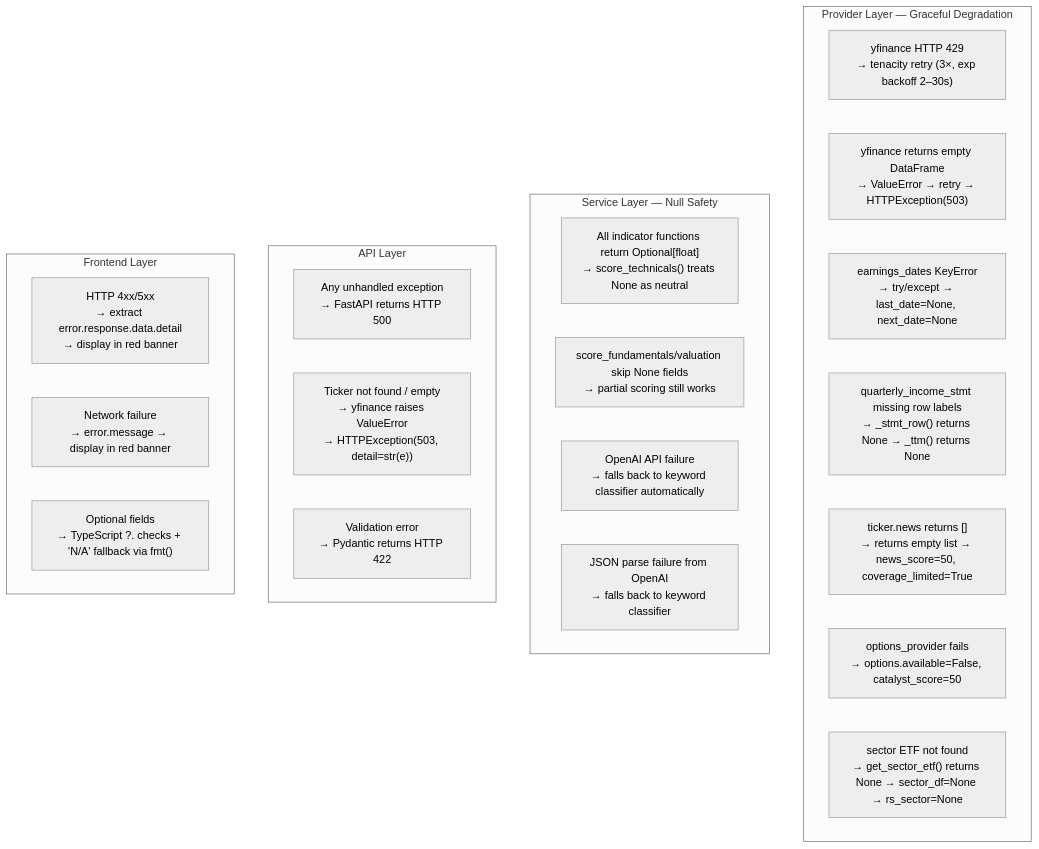
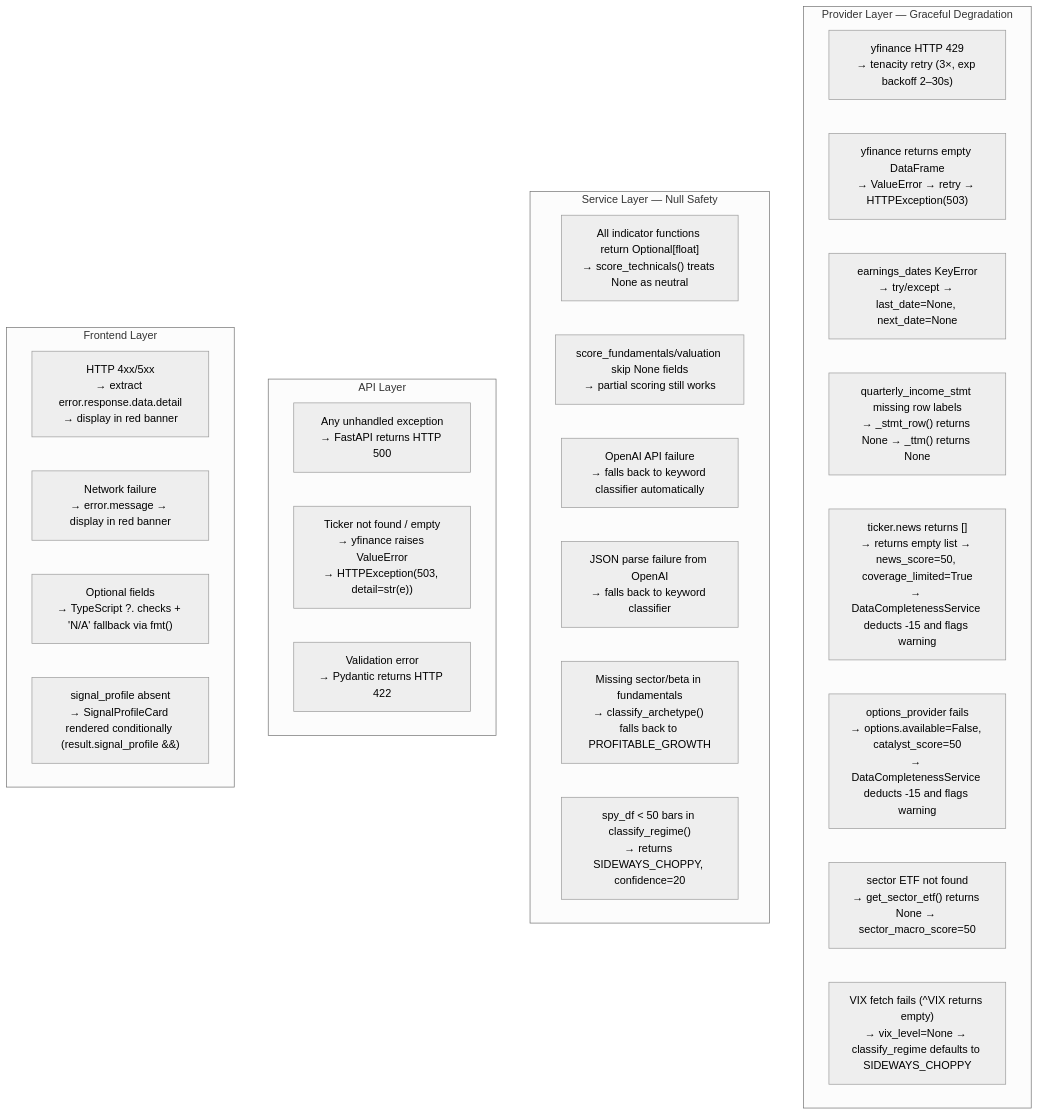
Before and after one commit to krutikpatel/stockBuyDecisioner1: diagram 21 of 22 in LLD.md, drawn with Mermaid (neutral theme). The commit also changed other lines of this file and 44 other files, not shown here.

````diff
--- a/LLD.md
+++ b/LLD.md
@@ -1196,31 +1782,35 @@
 ```mermaid
 flowchart TD
     subgraph Providers["Provider Layer — Graceful Degradation"]
         E1["yfinance HTTP 429\n→ tenacity retry (3×, exp backoff 2–30s)"]
         E2["yfinance returns empty DataFrame\n→ ValueError → retry → HTTPException(503)"]
         E3["earnings_dates KeyError\n→ try/except → last_date=None, next_date=None"]
         E4["quarterly_income_stmt missing row labels\n→ _stmt_row() returns None → _ttm() returns None"]
-        E5["ticker.news returns []\n→ returns empty list → news_score=50, coverage_limited=True"]
-        E6["options_provider fails\n→ options.available=False, catalyst_score=50"]
-        E7["sector ETF not found\n→ get_sector_etf() returns None → sector_df=None → rs_sector=None"]
+        E5["ticker.news returns []\n→ returns empty list → news_score=50, coverage_limited=True\n→ DataCompletenessService deducts -15 and flags warning"]
+        E6["options_provider fails\n→ options.available=False, catalyst_score=50\n→ DataCompletenessService deducts -15 and flags warning"]
+        E7["sector ETF not found\n→ get_sector_etf() returns None → sector_macro_score=50"]
+        E8["VIX fetch fails (^VIX returns empty)\n→ vix_level=None → classify_regime defaults to SIDEWAYS_CHOPPY"]
     end
 
     subgraph Services["Service Layer — Null Safety"]
         S1["All indicator functions return Optional[float]\n→ score_technicals() treats None as neutral"]
         S2["score_fundamentals/valuation skip None fields\n→ partial scoring still works"]
         S3["OpenAI API failure\n→ falls back to keyword classifier automatically"]
         S4["JSON parse failure from OpenAI\n→ falls back to keyword classifier"]
+        S5["Missing sector/beta in fundamentals\n→ classify_archetype() falls back to PROFITABLE_GROWTH"]
+        S6["spy_df < 50 bars in classify_regime()\n→ returns SIDEWAYS_CHOPPY, confidence=20"]
     end
 
     subgraph API["API Layer"]
         A1["Any unhandled exception\n→ FastAPI returns HTTP 500"]
         A2["Ticker not found / empty\n→ yfinance raises ValueError\n→ HTTPException(503, detail=str(e))"]
         A3["Validation error\n→ Pydantic returns HTTP 422"]
     end
 
     subgraph Frontend["Frontend Layer"]
         F1["HTTP 4xx/5xx\n→ extract error.response.data.detail\n→ display in red banner"]
         F2["Network failure\n→ error.message → display in red banner"]
         F3["Optional fields\n→ TypeScript ?. checks + 'N/A' fallback via fmt()"]
+        F4["signal_profile absent\n→ SignalProfileCard rendered conditionally (result.signal_profile &&)"]
     end
 ```
````
